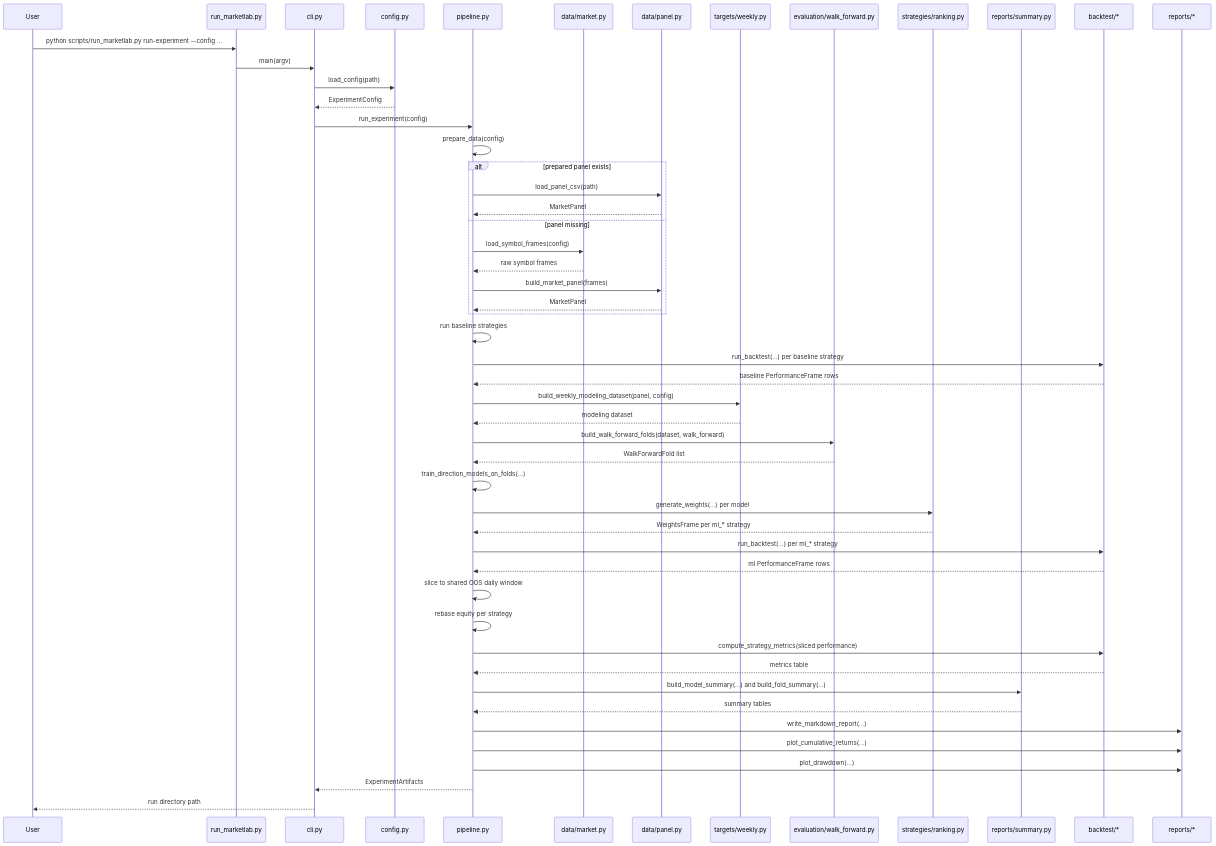
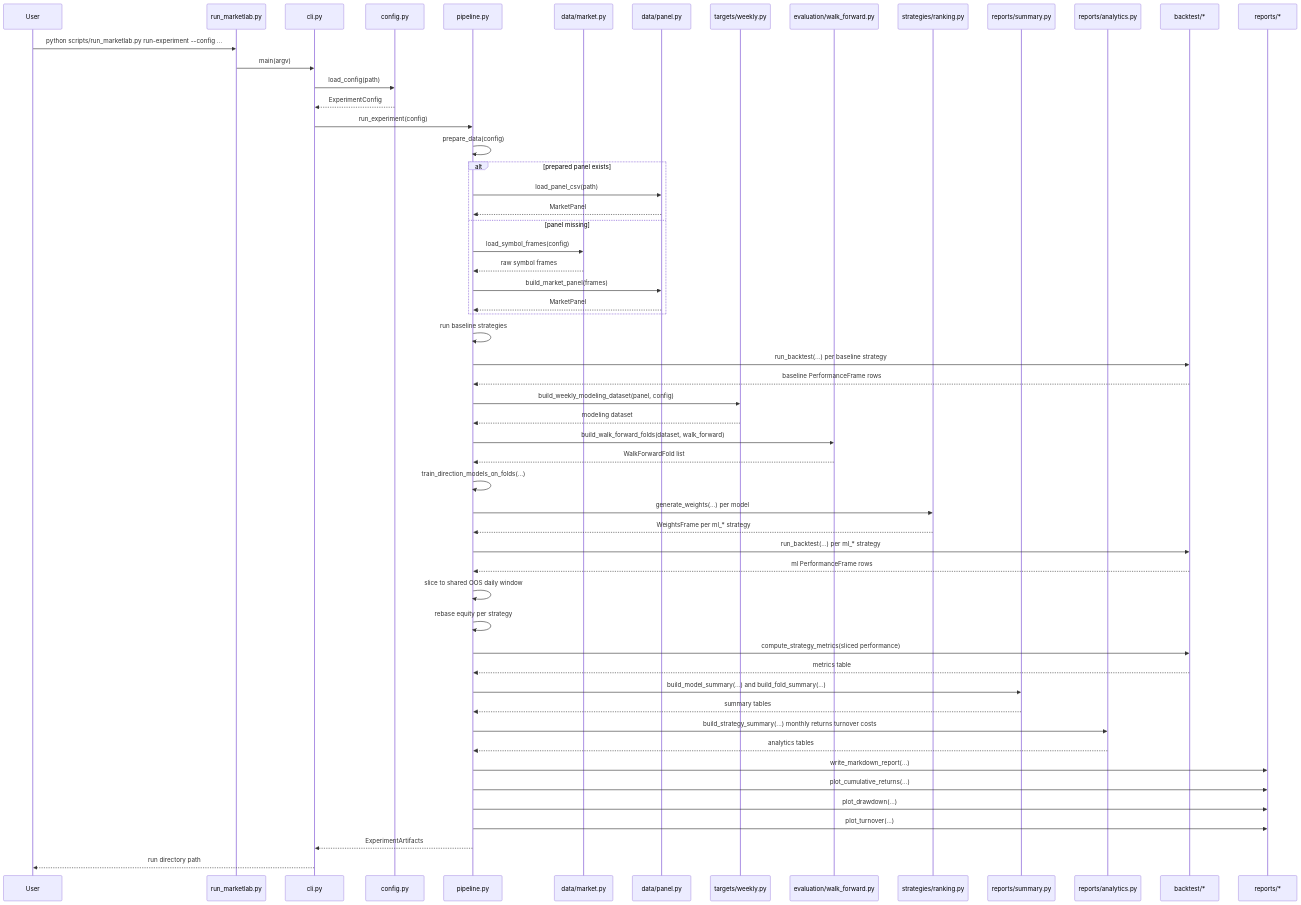
The fourth of 6 diagrams in ARCHITECTURE.md (ricardogr07/market-lab), drawn with Mermaid before and after one commit. The commit also changed other lines of this file and 2 other files, not shown here.

Commit message:
docs: update analytics docs and smoke validation

````diff
--- a/ARCHITECTURE.md
+++ b/ARCHITECTURE.md
@@ -130,57 +134,61 @@
 ```mermaid
 sequenceDiagram
     participant U as User
     participant L as run_marketlab.py
     participant C as cli.py
     participant CFG as config.py
     participant P as pipeline.py
     participant M as data/market.py
     participant N as data/panel.py
     participant T as targets/weekly.py
     participant E as evaluation/walk_forward.py
     participant RANK as strategies/ranking.py
     participant SUM as reports/summary.py
+    participant AN as reports/analytics.py
     participant B as backtest/*
     participant R as reports/*
 
     U->>L: python scripts/run_marketlab.py run-experiment --config ...
     L->>C: main(argv)
     C->>CFG: load_config(path)
     CFG-->>C: ExperimentConfig
     C->>P: run_experiment(config)
     P->>P: prepare_data(config)
 
     alt prepared panel exists
         P->>N: load_panel_csv(path)
         N-->>P: MarketPanel
     else panel missing
         P->>M: load_symbol_frames(config)
         M-->>P: raw symbol frames
         P->>N: build_market_panel(frames)
         N-->>P: MarketPanel
     end
 
     P->>P: run baseline strategies
     P->>B: run_backtest(...) per baseline strategy
     B-->>P: baseline PerformanceFrame rows
     P->>T: build_weekly_modeling_dataset(panel, config)
     T-->>P: modeling dataset
     P->>E: build_walk_forward_folds(dataset, walk_forward)
     E-->>P: WalkForwardFold list
     P->>P: train_direction_models_on_folds(...)
     P->>RANK: generate_weights(...) per model
     RANK-->>P: WeightsFrame per ml_* strategy
     P->>B: run_backtest(...) per ml_* strategy
     B-->>P: ml PerformanceFrame rows
     P->>P: slice to shared OOS daily window
     P->>P: rebase equity per strategy
     P->>B: compute_strategy_metrics(sliced performance)
     B-->>P: metrics table
     P->>SUM: build_model_summary(...) and build_fold_summary(...)
     SUM-->>P: summary tables
+    P->>AN: build_strategy_summary(...) monthly returns turnover costs
+    AN-->>P: analytics tables
     P->>R: write_markdown_report(...)
     P->>R: plot_cumulative_returns(...)
     P->>R: plot_drawdown(...)
+    P->>R: plot_turnover(...)
     P-->>C: ExperimentArtifacts
     C-->>U: run directory path
 ```
````
